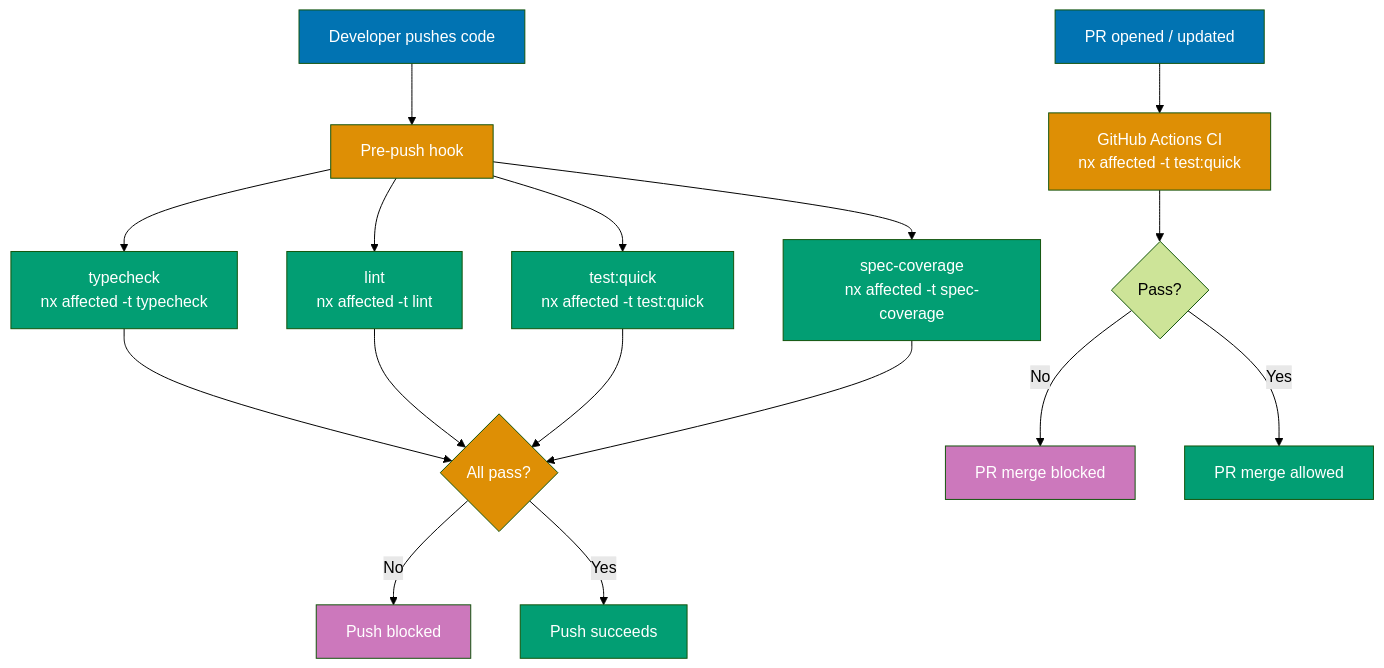
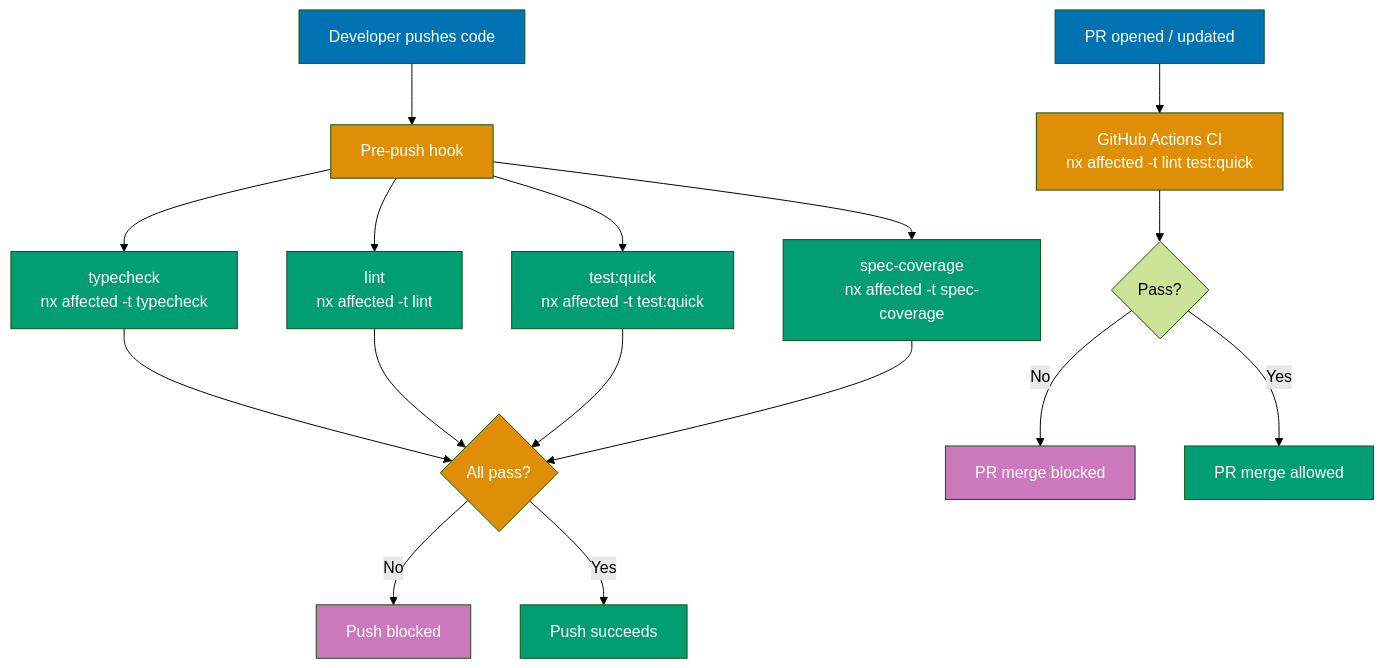
Before and after one commit to wahidyankf/open-sharia-enterprise: the first of 2 diagrams in governance/development/infra/nx-targets.md, drawn with Mermaid (forest theme). The commit also changed other lines of this file and 8 other files, not shown here.

First line of the commit message:
ci(lint): add lint job to all Test* CI workflows for UI projects

````diff
--- a/governance/development/infra/nx-targets.md
+++ b/governance/development/infra/nx-targets.md
@@ -27,33 +27,33 @@
 ```mermaid
 flowchart TD
     A[Developer pushes code] --> B[Pre-push hook]
     B --> C["typecheck<br/>nx affected -t typecheck"]
     B --> D["lint<br/>nx affected -t lint"]
     B --> E["test:quick<br/>nx affected -t test:quick"]
     B --> SC["spec-coverage<br/>nx affected -t spec-coverage"]
     C --> F{All pass?}
     D --> F
     E --> F
     SC --> F
     F -- No --> G[Push blocked]
     F -- Yes --> H[Push succeeds]
 
-    P[PR opened / updated] --> Q["GitHub Actions CI<br/>nx affected -t test:quick"]
+    P[PR opened / updated] --> Q["GitHub Actions CI<br/>nx affected -t lint test:quick"]
     Q --> R{Pass?}
     R -- No --> S[PR merge blocked]
     R -- Yes --> T[PR merge allowed]
 
     style A fill:#0173B2,color:#fff
     style B fill:#DE8F05,color:#fff
     style C fill:#029E73,color:#fff
     style D fill:#029E73,color:#fff
     style E fill:#029E73,color:#fff
     style SC fill:#029E73,color:#fff
     style F fill:#DE8F05,color:#fff
     style G fill:#CC78BC,color:#fff
     style H fill:#029E73,color:#fff
     style P fill:#0173B2,color:#fff
     style Q fill:#DE8F05,color:#fff
     style S fill:#CC78BC,color:#fff
     style T fill:#029E73,color:#fff
 ```
````
